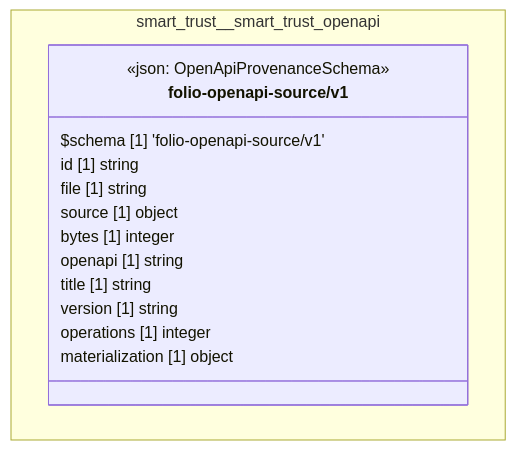
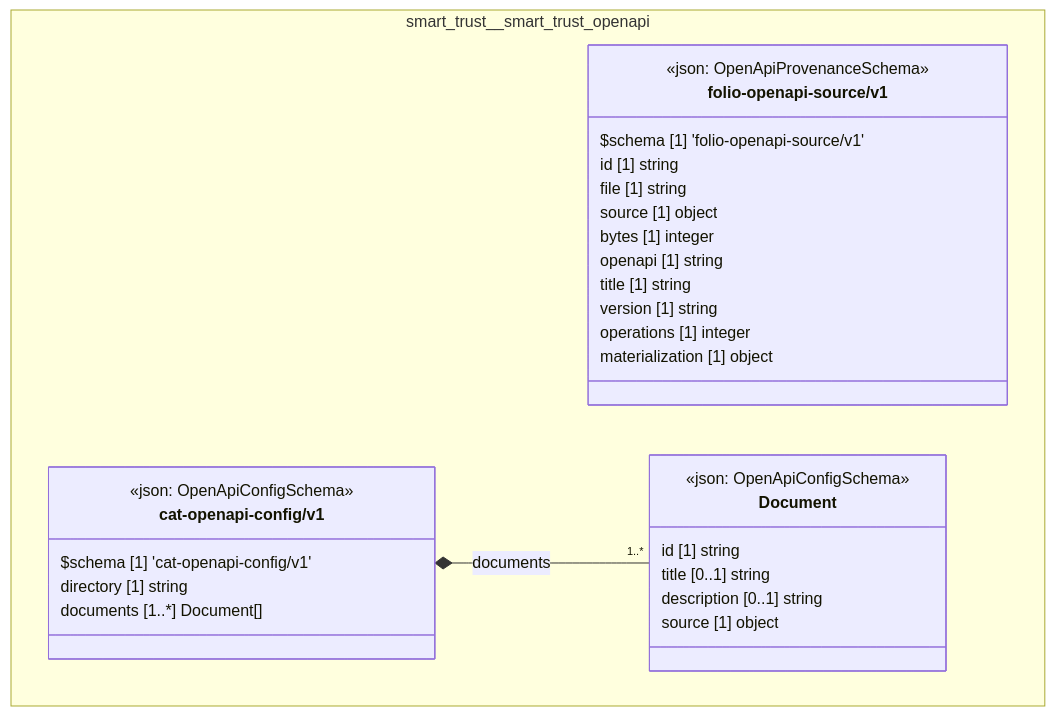
The diagram in cat-harness/uml/overview/smart-trust/smart-trust-openapi.mmd (litlfred/folio-assistant), drawn with Mermaid before and after one commit. The commit also changed 90 other files, not shown here.

```diff
--- a/cat-harness/uml/overview/smart-trust/smart-trust-openapi.mmd
+++ b/cat-harness/uml/overview/smart-trust/smart-trust-openapi.mmd
@@ -1,18 +1,34 @@
 classDiagram
   direction TB
   namespace smart_trust__smart_trust_openapi {
     class smart_trust_smart_trust_openapi_folio_openapi_source_v1_folio_openapi_source_v1["folio-openapi-source/v1"] {
       <<json: OpenApiProvenanceSchema>>
       $schema [1] 'folio-openapi-source/v1'
       id [1] string
       file [1] string
       source [1] object
       bytes [1] integer
       openapi [1] string
       title [1] string
       version [1] string
       operations [1] integer
       materialization [1] object
     }
+    class smart_trust_smart_trust_openapi_cat_openapi_config_v1_Document["Document"] {
+      <<json: OpenApiConfigSchema>>
+      id [1] string
+      title [0..1] string
+      description [0..1] string
+      source [1] object
+    }
+    class smart_trust_smart_trust_openapi_cat_openapi_config_v1_cat_openapi_config_v1["cat-openapi-config/v1"] {
+      <<json: OpenApiConfigSchema>>
+      $schema [1] 'cat-openapi-config/v1'
+      directory [1] string
+      documents [1..*] Document[]
+    }
   }
+  smart_trust_smart_trust_openapi_cat_openapi_config_v1_cat_openapi_config_v1 *-- "1..*" smart_trust_smart_trust_openapi_cat_openapi_config_v1_Document : documents
   cssClass "smart_trust_smart_trust_openapi_folio_openapi_source_v1_folio_openapi_source_v1" fa_uml_kind_openapi
+  cssClass "smart_trust_smart_trust_openapi_cat_openapi_config_v1_Document" fa_uml_kind_openapi
+  cssClass "smart_trust_smart_trust_openapi_cat_openapi_config_v1_cat_openapi_config_v1" fa_uml_kind_openapi
```
